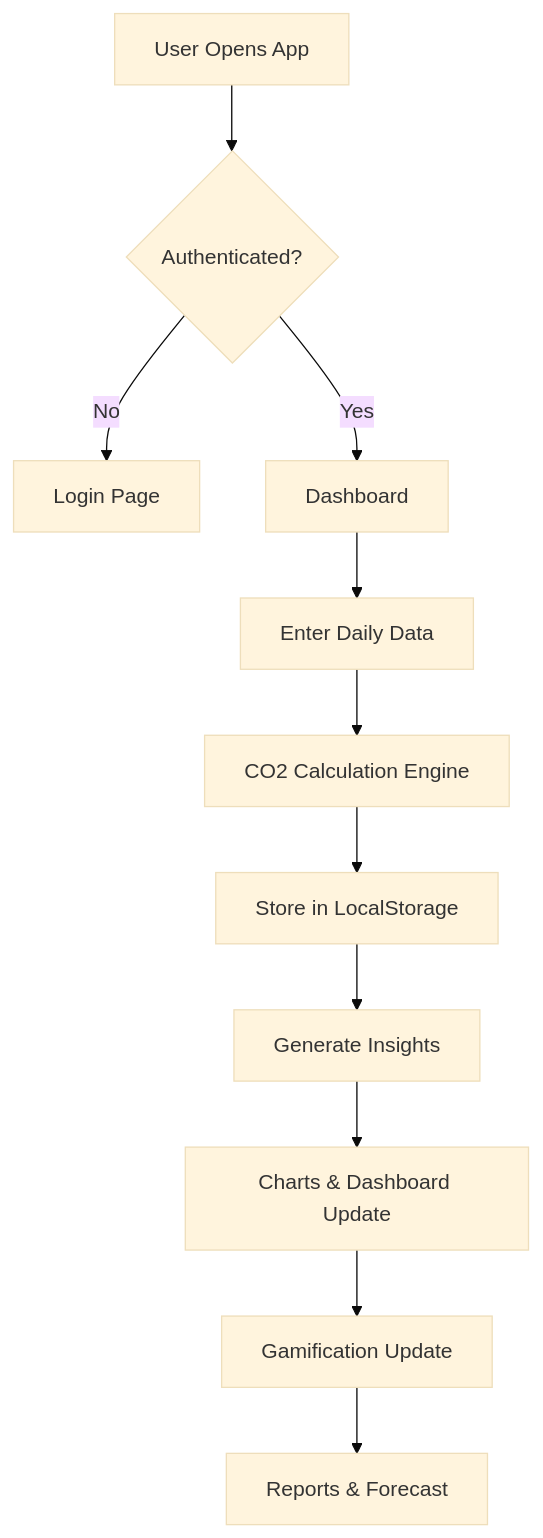
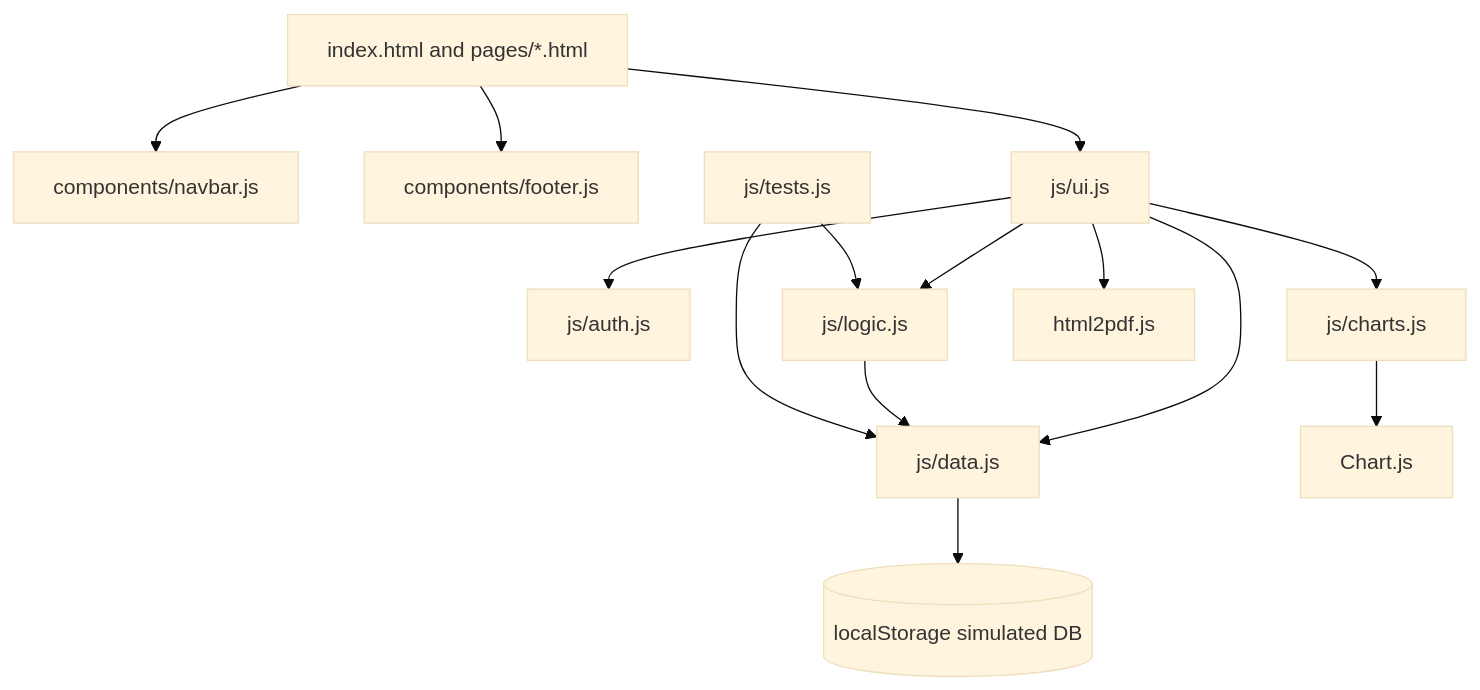
Before and after one commit to Milind-277/EcoTrack-Pro: the second of 4 diagrams in README.md, drawn with Mermaid (base theme). The commit also changed other lines of this file and 18 other files, not shown here.

````diff
--- a/README.md
+++ b/README.md
@@ -93,13 +96,16 @@
 ```mermaid
 flowchart TD
-A[User Opens App] --> B{Authenticated?}
-B -- No --> C[Login Page]
-B -- Yes --> D[Dashboard]
-D --> E[Enter Daily Data]
-E --> F[CO2 Calculation Engine]
-F --> G[Store in LocalStorage]
-G --> H[Generate Insights]
-H --> I[Charts & Dashboard Update]
-I --> J[Gamification Update]
-J --> K[Reports & Forecast]
+  HTML[index.html and pages/*.html] --> Navbar[components/navbar.js]
+  HTML --> Footer[components/footer.js]
+  HTML --> UI[js/ui.js]
+  UI --> Auth[js/auth.js]
+  UI --> Data[js/data.js]
+  UI --> Logic[js/logic.js]
+  UI --> Charts[js/charts.js]
+  UI --> PDF[html2pdf.js]
+  Data --> Store[(localStorage simulated DB)]
+  Logic --> Data
+  Tests[js/tests.js] --> Logic
+  Tests --> Data
+  Charts --> ChartJS[Chart.js]
 ```
````
